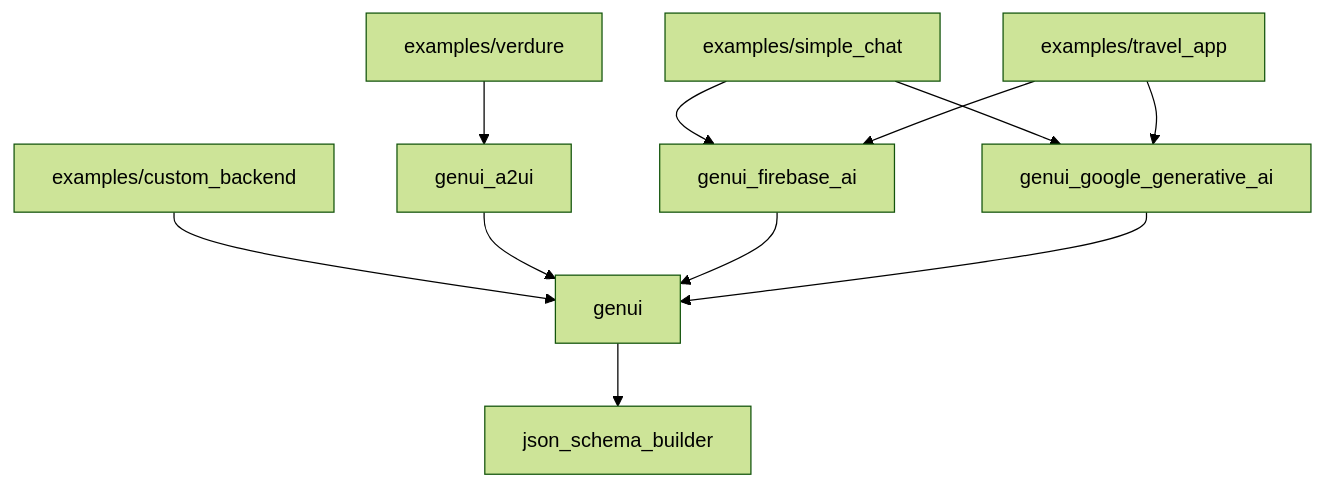
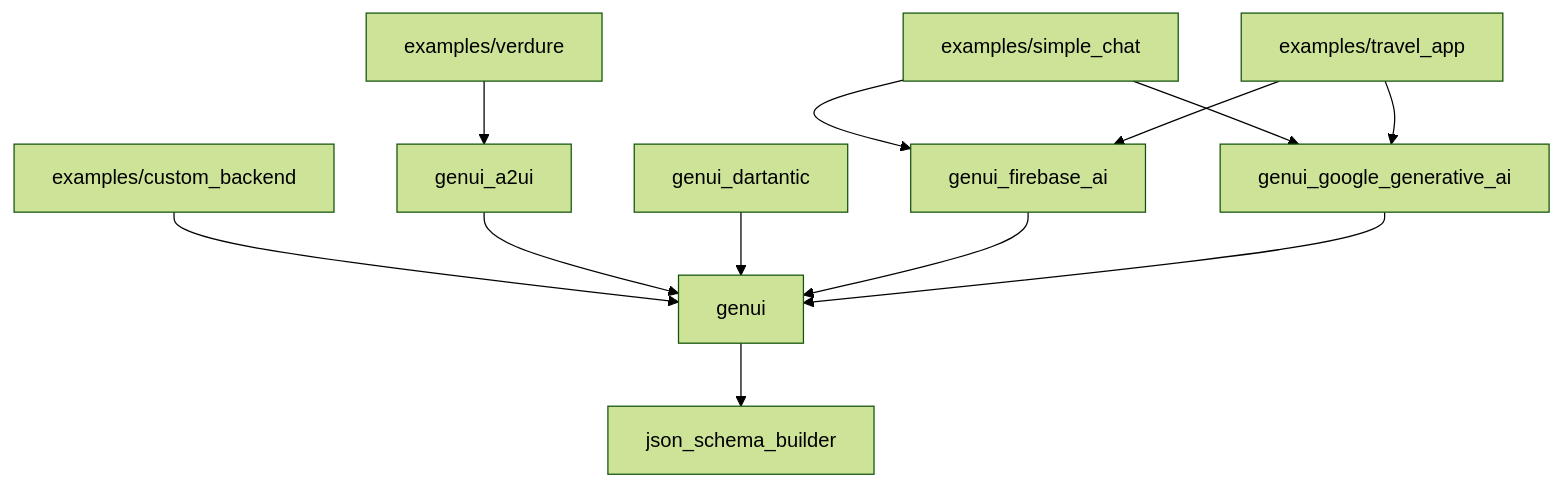
One commit to polina-c/genui changed the diagram in README.md. Above: the diagram before and after it, drawn with Mermaid (forest theme).

Commit message:
Update README.md (#620)

````diff
--- a/README.md
+++ b/README.md
@@ -109,13 +109,14 @@
 ```mermaid
 graph TD
   examples/simple_chat --> genui_google_generative_ai
   examples/simple_chat --> genui_firebase_ai
   examples/travel_app --> genui_google_generative_ai
   examples/travel_app --> genui_firebase_ai
   examples/verdure --> genui_a2ui
   examples/custom_backend --> genui
   genui --> json_schema_builder
   genui_a2ui --> genui
+  genui_dartantic --> genui
   genui_firebase_ai --> genui
   genui_google_generative_ai --> genui
 ```
````
